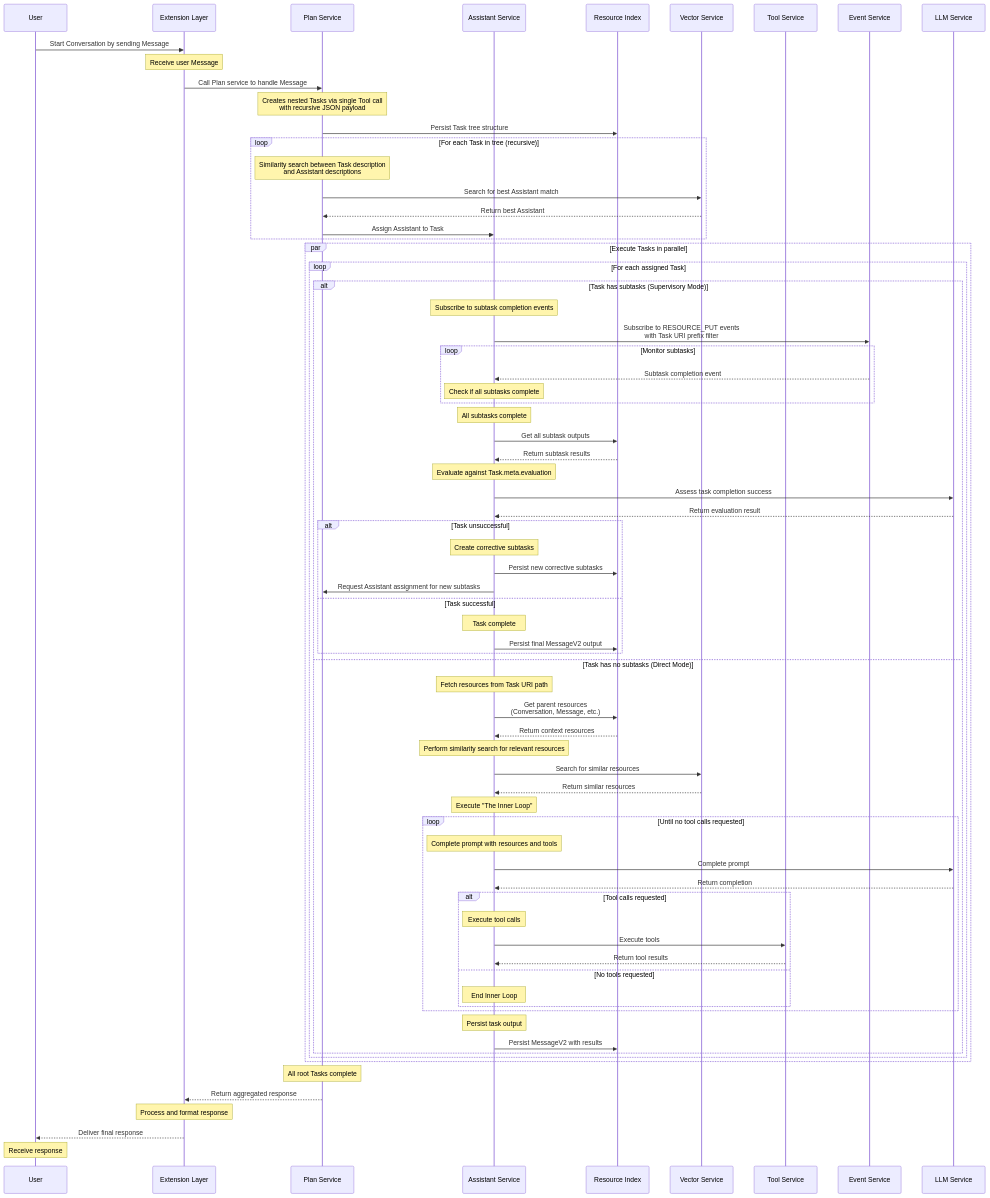
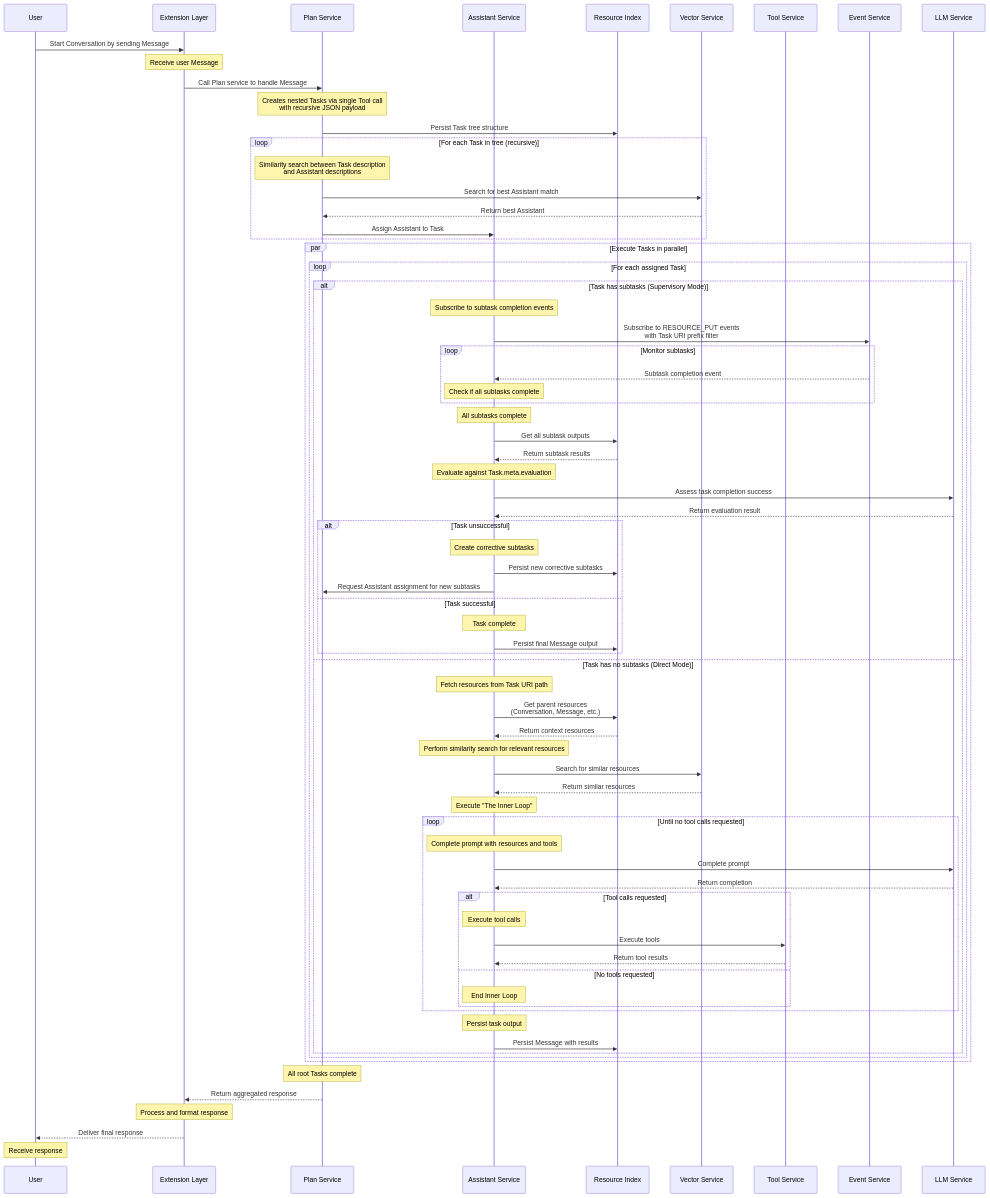
The diagram in TODO.md (copilot-ld/copilot-ld), drawn with Mermaid before and after one commit. The commit also changed other lines of this file and 102 other files, not shown here.

```diff
--- a/TODO.md
+++ b/TODO.md
@@ -238,7 +239,7 @@
                     Asst->>Plan: Request Assistant assignment for new subtasks
                 else Task successful
                     Note over Asst: Task complete
-                    Asst->>Resource: Persist final MessageV2 output
+                    Asst->>Resource: Persist final Message output
                 end
 
             else Task has no subtasks (Direct Mode)
@@ -269,7 +270,7 @@
                 end
 
                 Note over Asst: Persist task output
-                Asst->>Resource: Persist MessageV2 with results
+                Asst->>Resource: Persist Message with results
             end
         end
     end
```
